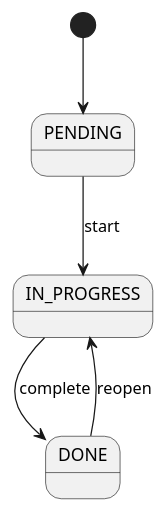
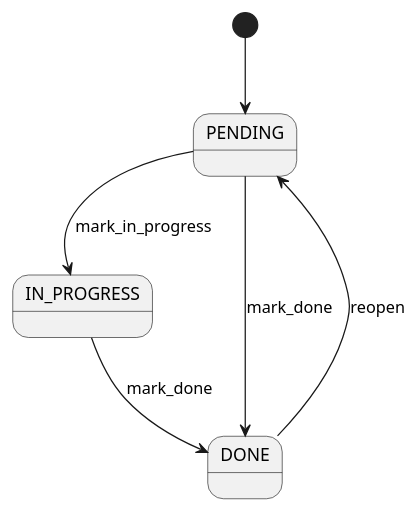
The diagram in experiments/broadcast/user_stories/TODO/artifacts/state_diagram.puml (DanielRiha8906/Software_autoevolution_using_agents), drawn with PlantUML before and after one commit. The commit also changed 4 other files, not shown here.

```diff
--- a/experiments/broadcast/user_stories/TODO/artifacts/state_diagram.puml
+++ b/experiments/broadcast/user_stories/TODO/artifacts/state_diagram.puml
@@ -1,9 +1,10 @@
 @startuml
 
 [*] --> PENDING
 
-PENDING --> IN_PROGRESS : start
-IN_PROGRESS --> DONE : complete
-DONE --> IN_PROGRESS : reopen
+PENDING --> IN_PROGRESS : mark_in_progress
+IN_PROGRESS --> DONE : mark_done
+PENDING --> DONE : mark_done
+DONE --> PENDING : reopen
 
 @enduml
```
